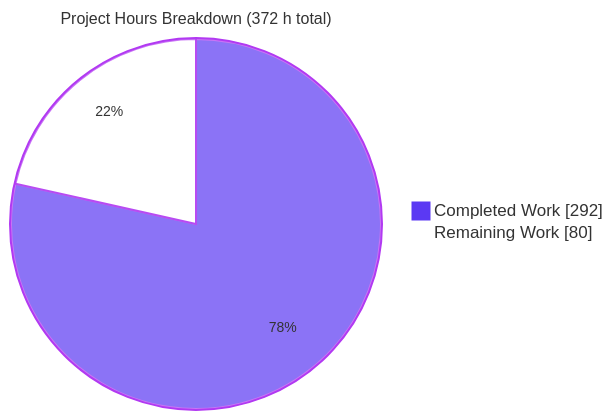
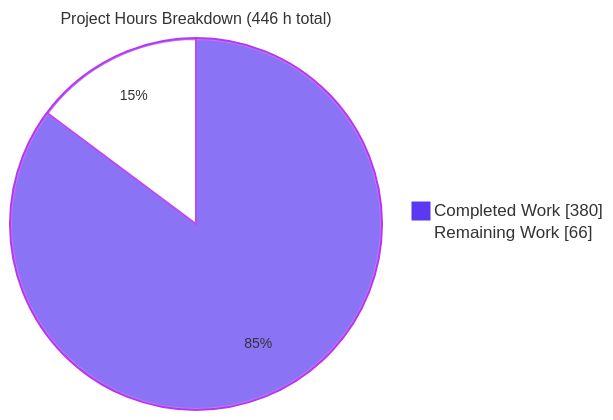
The second of 4 diagrams in blitzy/documentation/Project Guide.md (blitzy-public-samples/freeswitch), drawn with Mermaid before and after one commit. The commit also changed other lines of this file and 31 other files, not shown here.

````diff
--- a/blitzy/documentation/Project Guide.md
+++ b/blitzy/documentation/Project Guide.md
@@ -355,6 +401,6 @@
 ```mermaid
 %%{init: {"theme":"base","themeVariables":{"pie1":"#5B39F3","pie2":"#FFFFFF","pieStrokeColor":"#B23AF2","pieStrokeWidth":"2px","pieOuterStrokeColor":"#B23AF2","pieTitleTextSize":"16px","pieSectionTextSize":"14px"}}}%%
-pie showData title Project Hours Breakdown (372 h total)
-    "Completed Work" : 292
-    "Remaining Work" : 80
+pie showData title Project Hours Breakdown (446 h total)
+    "Completed Work" : 380
+    "Remaining Work" : 66
 ```
````
